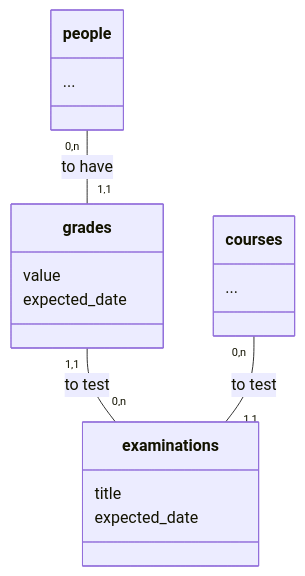
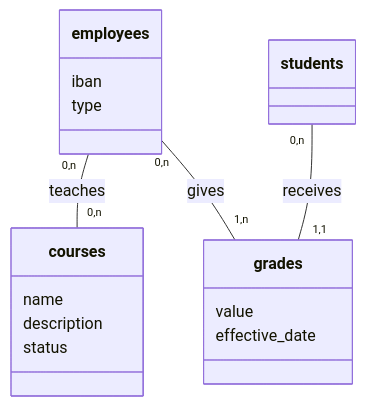
One commit to R0kkxSynetique/ROR-School-management changed the fourth of 8 diagrams in doc/report.md. Above: the diagram before and after it, drawn with Mermaid. The commit also changed other lines of this file and 1 other file, not shown here.

````diff
--- a/doc/report.md
+++ b/doc/report.md
@@ -145,19 +109,21 @@
 ```mermaid
 classDiagram
-    class people{...}
-    class courses {...}
-
+    class employees {
+        iban
+        type
+    }
+    class students { }
+    class courses {
+        name
+        description
+        status
+    }
     class grades {
         value
-        expected_date
+        effective_date
     }
-    class examinations {
-        title
-        expected_date
-    }
-
-    people "0,n" -- "1,1" grades: to have
-    grades "1,1" -- "0,n" examinations: to test
-    courses "0,n" -- "1,1" examinations: to test
-
+    
+    employees "0,n" -- "0,n" courses: teaches
+    employees "0,n" -- "1,n" grades: gives
+    students "0,n" -- "1,1" grades: receives
 ```
````
